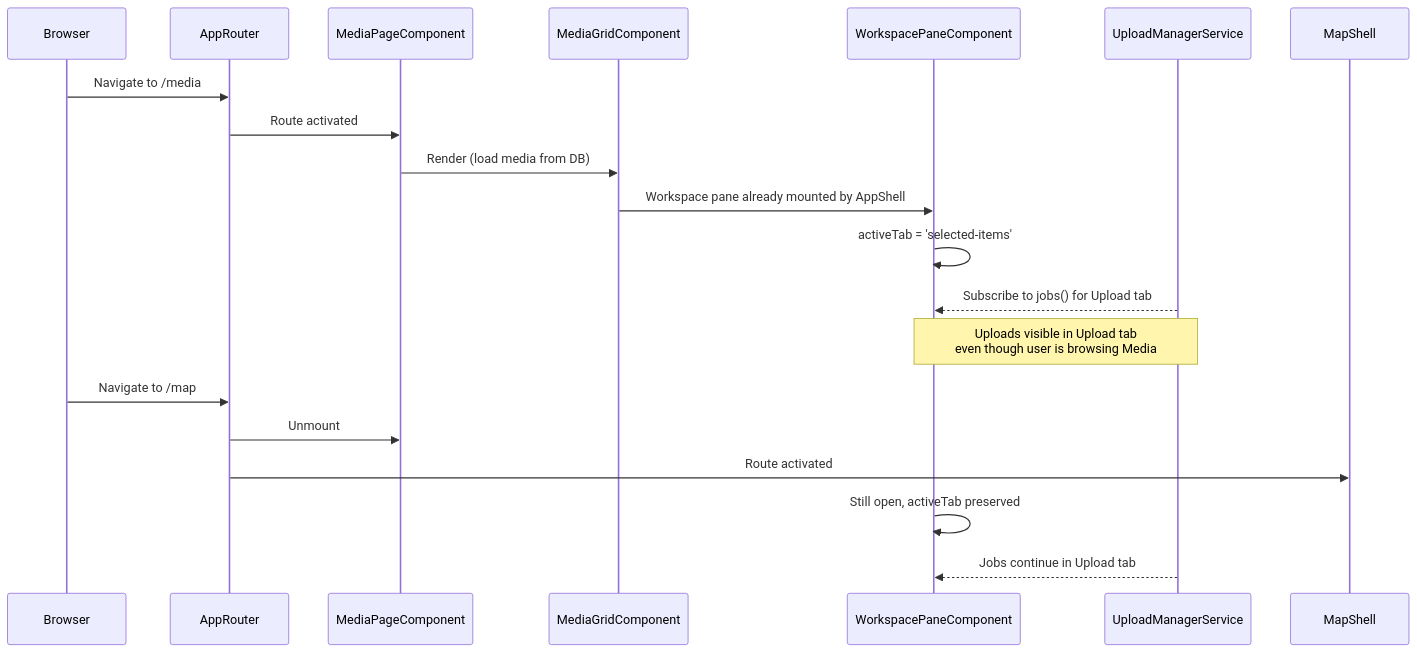
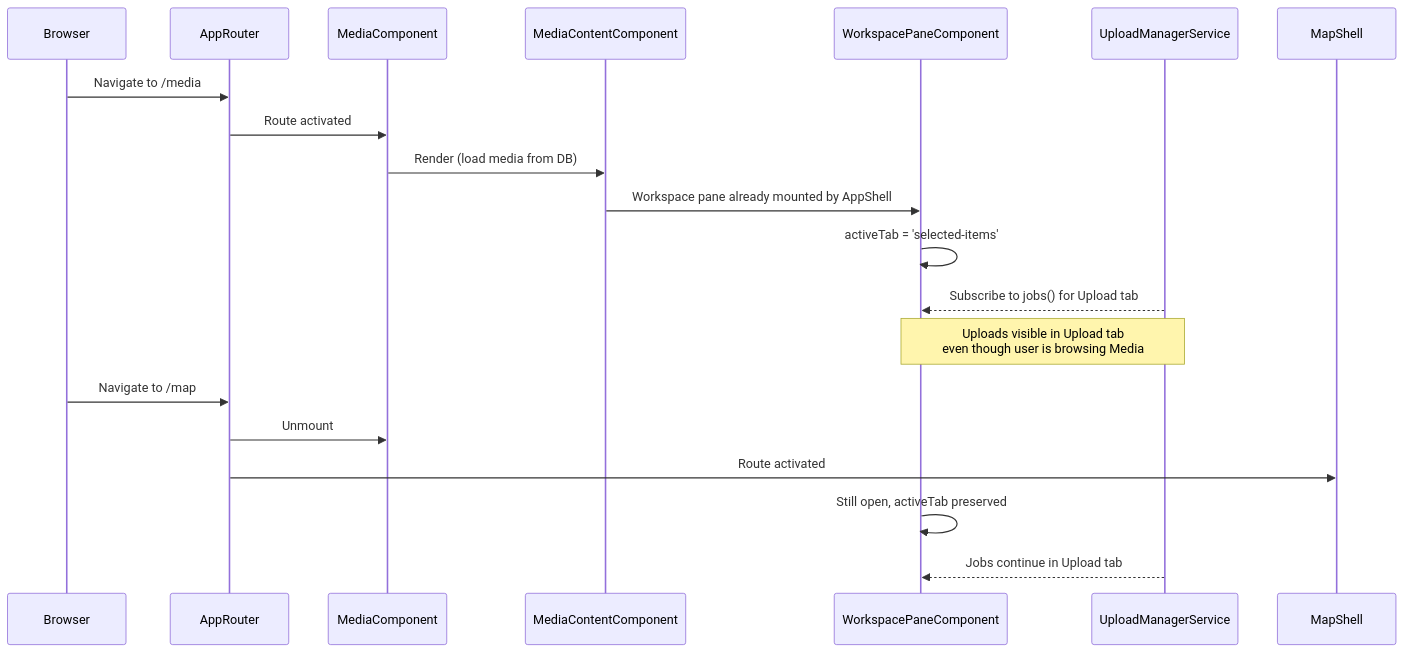
Before and after one commit to matkleve/feldpost: the third of 3 diagrams in docs/specs/page/media-page.md, drawn with Mermaid. The commit also changed other lines of this file and 5 other files, not shown here.

First line of the commit message:
Refactor media component architecture and error handling

````diff
--- a/docs/specs/page/media-page.md
+++ b/docs/specs/page/media-page.md
@@ -337,24 +336,24 @@
 ```mermaid
 sequenceDiagram
     participant Browser
     participant ReflectorRouter as AppRouter
-    participant MediaPage as MediaPageComponent
-    participant MediaGrid as MediaGridComponent
+    participant MediaPage as MediaComponent
+    participant MediaContent as MediaContentComponent
     participant Pane as WorkspacePaneComponent
     participant Upload as UploadManagerService
 
     Browser->>ReflectorRouter: Navigate to /media
     ReflectorRouter->>MediaPage: Route activated
-    MediaPage->>MediaGrid: Render (load media from DB)
-    MediaGrid->>Pane: Workspace pane already mounted by AppShell
+    MediaPage->>MediaContent: Render (load media from DB)
+    MediaContent->>Pane: Workspace pane already mounted by AppShell
     Pane->>Pane: activeTab = 'selected-items'
     Upload-->>Pane: Subscribe to jobs() for Upload tab
 
     Note over Pane,Upload: Uploads visible in Upload tab<br/>even though user is browsing Media
 
     Browser->>ReflectorRouter: Navigate to /map
     ReflectorRouter->>MediaPage: Unmount
     ReflectorRouter->>MapShell: Route activated
     Pane->>Pane: Still open, activeTab preserved
     Upload-->>Pane: Jobs continue in Upload tab
 ```
````
